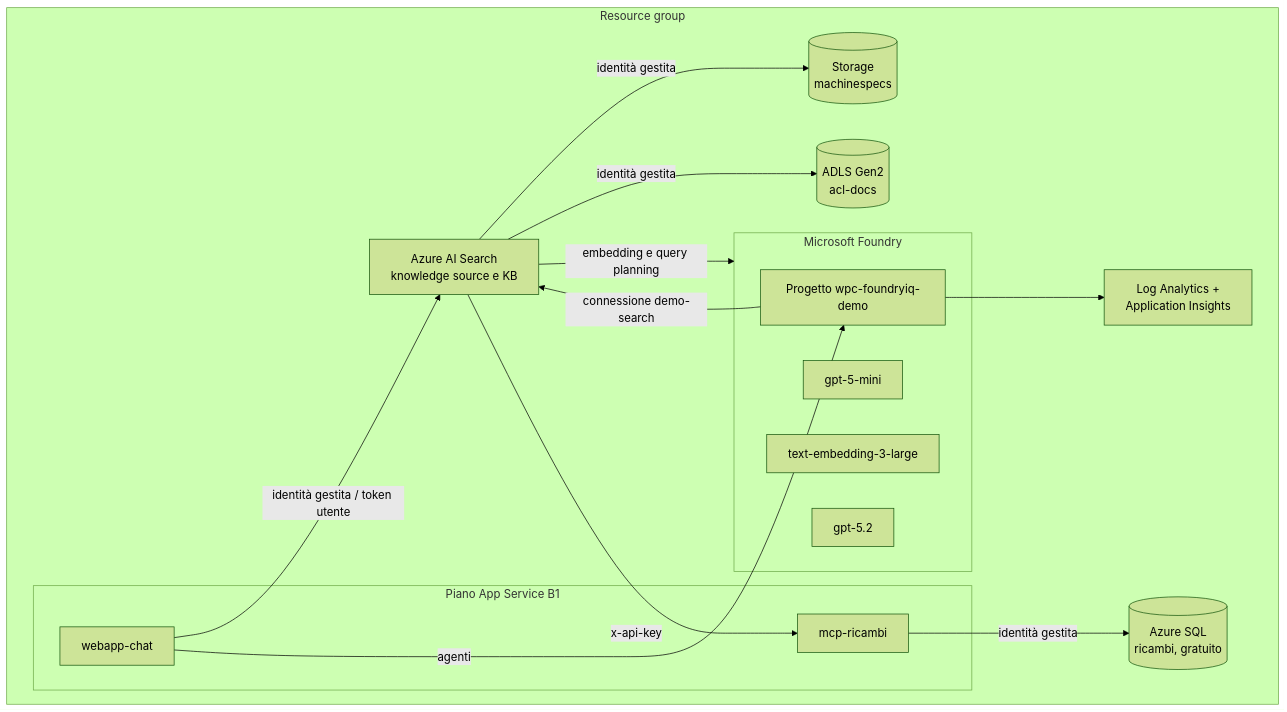
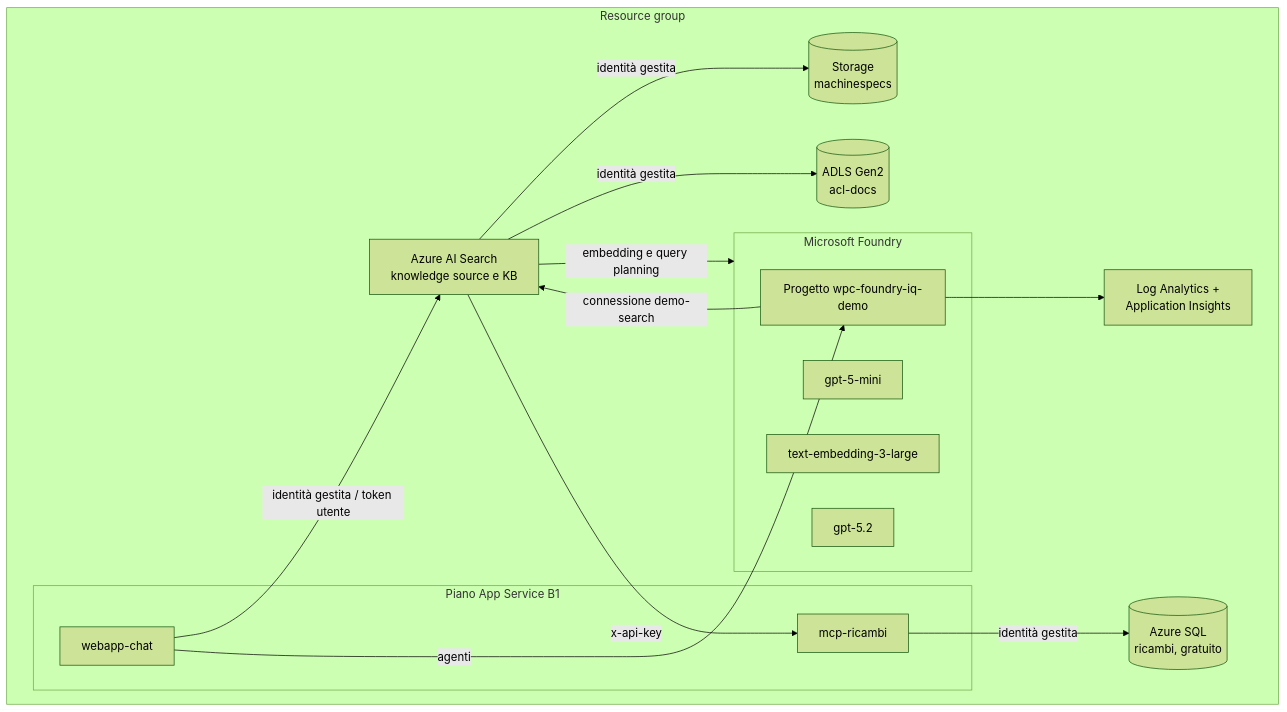
The first of 3 diagrams in infra/README.md (congiuluc/wpc2026-foundryiq-demo), drawn with Mermaid (forest theme) before and after one commit. The commit also changed other lines of this file and 128 other files, not shown here.

````diff
--- a/infra/README.md
+++ b/infra/README.md
@@ -9,29 +11,29 @@
 ```mermaid
 flowchart TB
     subgraph RG[Resource group]
         subgraph Foundry["Microsoft Foundry"]
-            PRJ[Progetto wpc-foundryiq-demo]
+            PRJ[Progetto wpc-foundry-iq-demo]
             M1[gpt-5-mini]
             M2[text-embedding-3-large]
             M3[gpt-5.2]
         end
         SRCH[Azure AI Search<br/>knowledge source e KB]
         ST[(Storage<br/>machinespecs)]
         STACL[(ADLS Gen2<br/>acl-docs)]
         SQL[(Azure SQL<br/>ricambi, gratuito)]
         subgraph Plan[Piano App Service B1]
             MCPAPP[mcp-ricambi]
             CHATAPP[webapp-chat]
         end
         MON[Log Analytics +<br/>Application Insights]
     end
     MCPAPP -- identità gestita --> SQL
     SRCH -- identità gestita --> ST
     SRCH -- identità gestita --> STACL
     SRCH -- x-api-key --> MCPAPP
     SRCH -- embedding e query planning --> Foundry
     CHATAPP -- identità gestita / token utente --> SRCH
     CHATAPP -- agenti --> PRJ
     PRJ -- connessione demo-search --> SRCH
     PRJ --> MON
 ```
````
